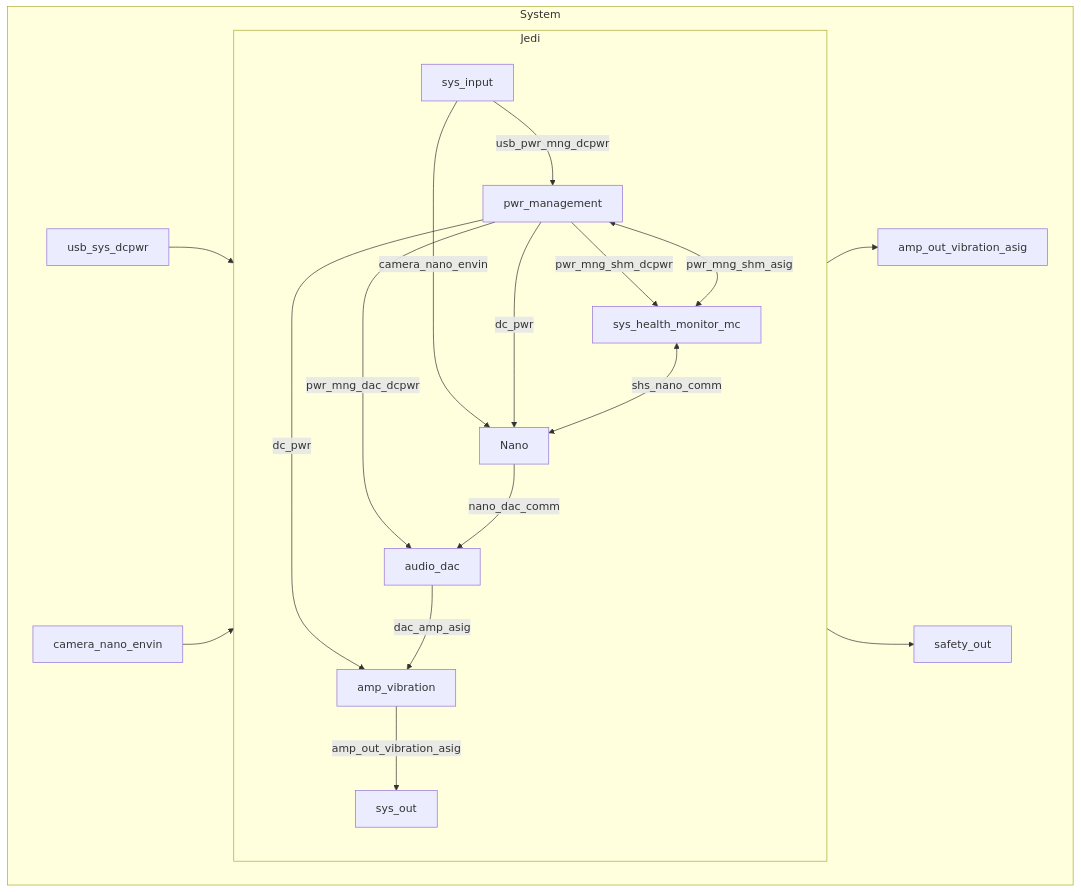
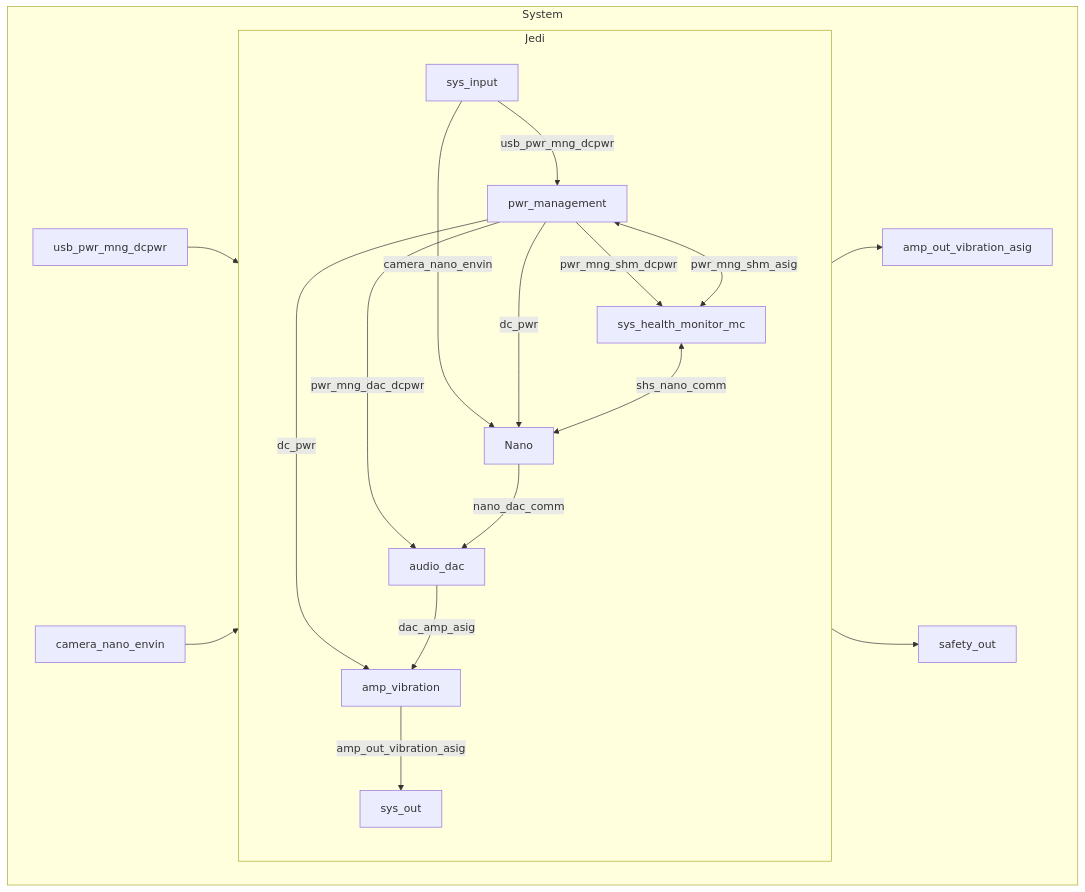
Before and after one commit to Jedi-Vision/ECE44x: the second of 15 diagrams in blocks.md, drawn with Mermaid. The commit also changed other lines of this file, not shown here.

Commit message:
Fix naming inconsistencies.

````diff
--- a/blocks.md
+++ b/blocks.md
@@ -15,39 +15,39 @@
 ```mermaid
 graph TD
     subgraph System
         subgraph Jedi
             %% Power management block
             sys_input -- "usb_pwr_mng_dcpwr" --> pwr_management
             sys_input -- "camera_nano_envin" --> Nano
             pwr_management -- "dc_pwr" --> Nano
             pwr_management -- "dc_pwr" --> amp_vibration
             pwr_management -- "pwr_mng_dac_dcpwr" --> audio_dac
             pwr_management -- "pwr_mng_shm_dcpwr" --> sys_health_monitor_mc
 
             %% Camera
             %%sys_input -- "environ_in" --> camera
             %%camera -- "cam_feed" --> Nano
 
             %% Mode Switch
             %%sys_input -- "usr_in" --> mode_switch
             %%mode_switch -- "det_mode" --> Nano
 
             %% System Health Monitor
             pwr_management <-- "pwr_mng_shm_asig" --> sys_health_monitor_mc
             sys_health_monitor_mc <-- "shs_nano_comm" --> Nano
 
             Nano -- "nano_dac_comm" --> audio_dac
             audio_dac -- "dac_amp_asig" --> amp_vibration
             %%sys_input -- "usr_in" --> Nano
             amp_vibration -- "amp_out_vibration_asig" --> sys_out
 
         end
 
         %% System input and outputs
-        usb_sys_dcpwr --> Jedi
+        usb_pwr_mng_dcpwr --> Jedi
         camera_nano_envin --> Jedi
         %%usr_in --> Jedi
         Jedi --> amp_out_vibration_asig
         Jedi --> safety_out
     end
 ```
````
